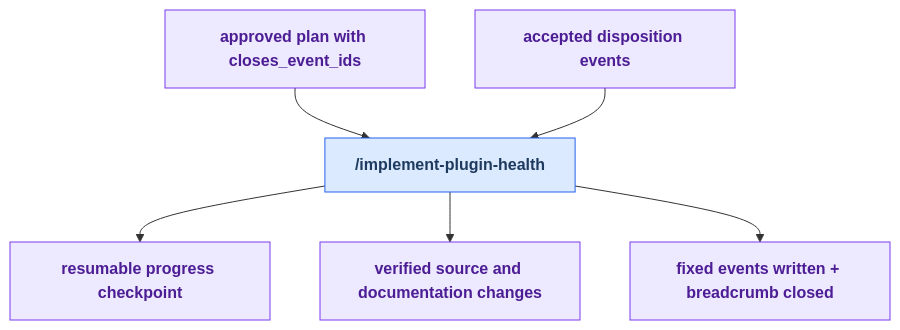
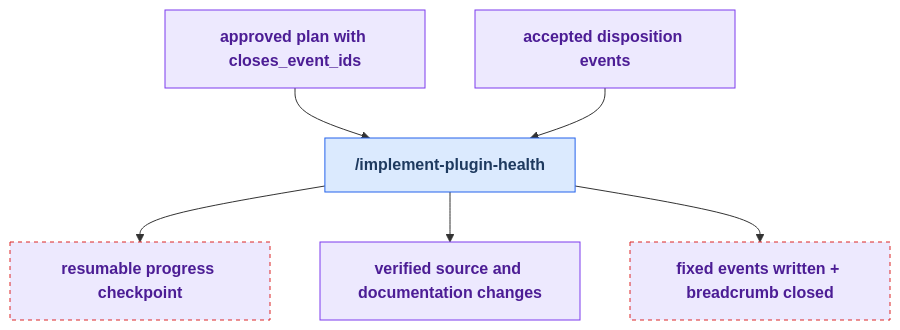
One commit to russell-laing/al-dev-shared changed the diagram in docs/maintainer-tooling/implement.md. Above: the diagram before and after it, drawn with Mermaid. The commit also changed other lines of this file and 8 other files, not shown here.

````diff
--- a/docs/maintainer-tooling/implement.md
+++ b/docs/maintainer-tooling/implement.md
@@ -52,21 +54,24 @@
 ```mermaid
 flowchart TD
     classDef userSkill fill:#dbeafe,stroke:#2563eb,color:#1e3a5f,font-weight:bold
     classDef artifact fill:#ede9fe,stroke:#7c3aed,color:#4c1d95,font-weight:bold
+    classDef orphanArtifact fill:#ede9fe,stroke:#dc2626,color:#4c1d95,stroke-dasharray:4 4,font-weight:bold
 
     art_plan["approved plan with closes_event_ids"]
     art_ledger["accepted disposition events"]
     skill_implement_health_plan["/implement-plugin-health"]
     art_progress["resumable progress checkpoint"]
     art_changed["verified source and documentation changes"]
     art_closed["fixed events written + breadcrumb closed"]
 
     art_plan --> skill_implement_health_plan
     art_ledger --> skill_implement_health_plan
     skill_implement_health_plan --> art_progress
     skill_implement_health_plan --> art_changed
     skill_implement_health_plan --> art_closed
 
     class skill_implement_health_plan userSkill
-    class art_plan,art_ledger,art_progress,art_changed,art_closed artifact
+    class art_plan,art_ledger,art_changed artifact
+    class art_progress orphanArtifact
+    class art_closed orphanArtifact
 ```
````
